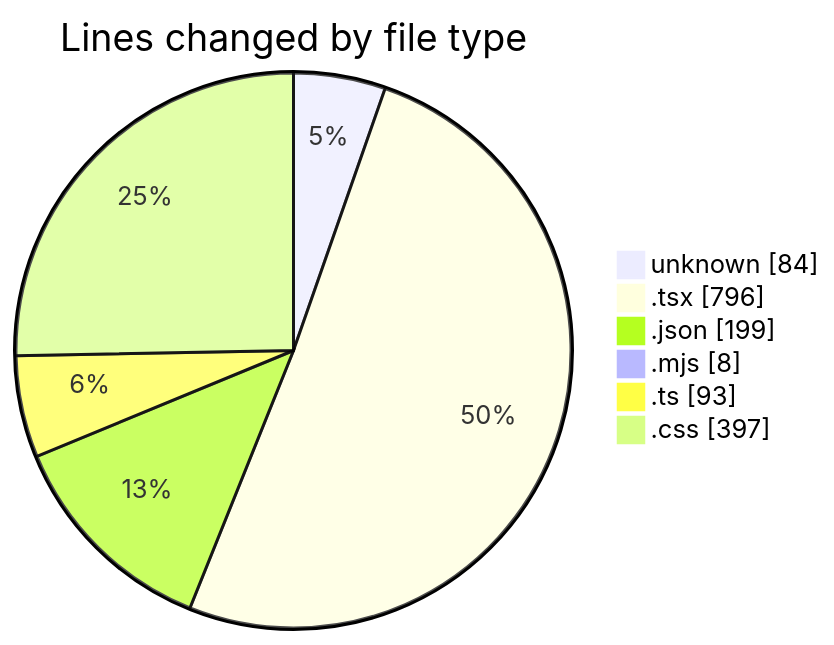
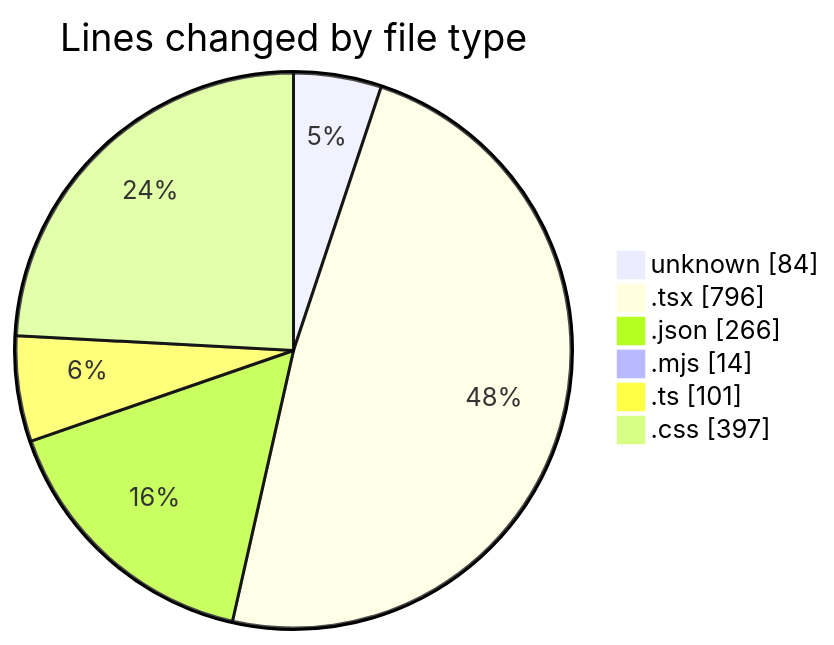
One commit to Elitesun/code-tracking changed the first of 2 diagrams in 2025-05-15/niten/README.md. Above: the diagram before and after it, drawn with Mermaid. The commit also changed other lines of this file and 1 other file, not shown here.

````diff
--- a/2025-05-15/niten/README.md
+++ b/2025-05-15/niten/README.md
@@ -35,10 +35,10 @@
 ```mermaid
 pie showData
 title Lines changed by file type
 "unknown" : 84
 ".tsx" : 796
-".json" : 199
-".mjs" : 8
-".ts" : 93
+".json" : 266
+".mjs" : 14
+".ts" : 101
 ".css" : 397
 ```
````
